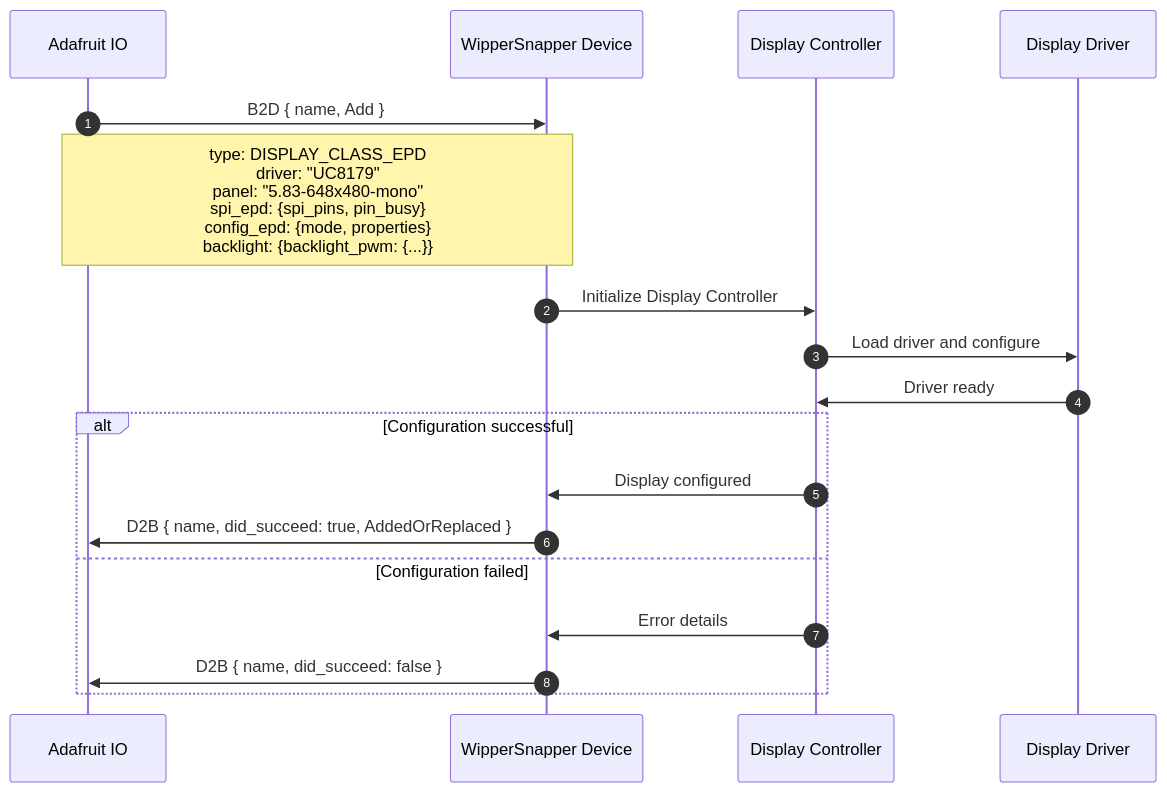
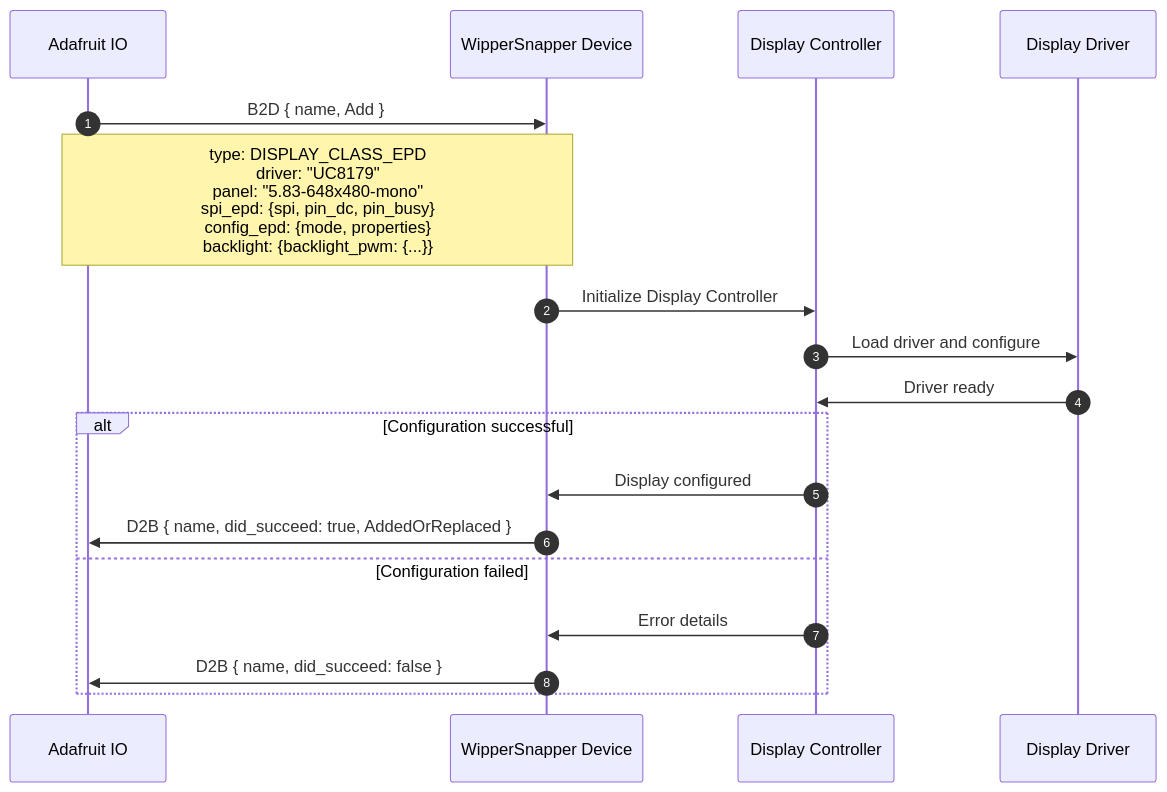
One commit to adafruit/Wippersnapper_Protobuf changed the first of 3 diagrams in proto/wippersnapper/docs/display.md. Above: the diagram before and after it, drawn with Mermaid. The commit also changed other lines of this file and 3 other files, not shown here.

First line of the commit message:
display: share DisplaySpiDescriptor between SPI EPD and TFT

````diff
--- a/proto/wippersnapper/docs/display.md
+++ b/proto/wippersnapper/docs/display.md
@@ -210,23 +198,23 @@
 ```mermaid
 sequenceDiagram
 autonumber
 participant IO as Adafruit IO
 participant Device as WipperSnapper Device
 participant Display as Display Controller
 participant Driver as Display Driver
 
 IO->>Device: B2D { name, Add }
-Note over IO,Device: type: DISPLAY_CLASS_EPD<br/>driver: "UC8179"<br/>panel: "5.83-648x480-mono"<br/>spi_epd: {spi_pins, pin_busy}<br/>config_epd: {mode, properties}<br/>backlight: {backlight_pwm: {...}}
+Note over IO,Device: type: DISPLAY_CLASS_EPD<br/>driver: "UC8179"<br/>panel: "5.83-648x480-mono"<br/>spi_epd: {spi, pin_dc, pin_busy}<br/>config_epd: {mode, properties}<br/>backlight: {backlight_pwm: {...}}
 
 Device->>Display: Initialize Display Controller
 Display->>Driver: Load driver and configure
 Driver->>Display: Driver ready
 
 alt Configuration successful
     Display->>Device: Display configured
     Device->>IO: D2B { name, did_succeed: true, AddedOrReplaced }
 else Configuration failed
     Display->>Device: Error details
     Device->>IO: D2B { name, did_succeed: false }
 end
 ```
````
